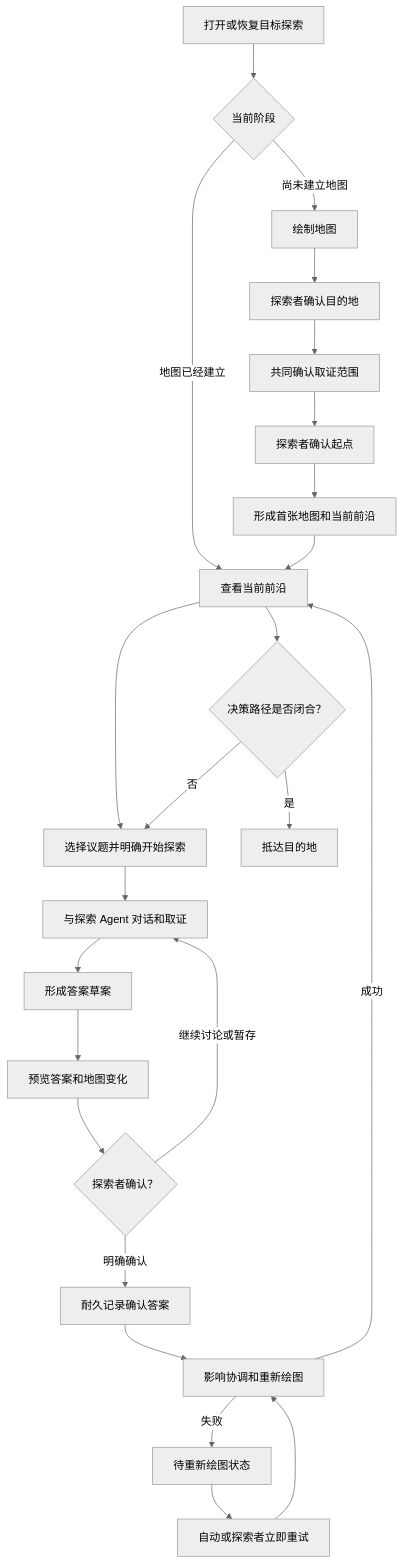
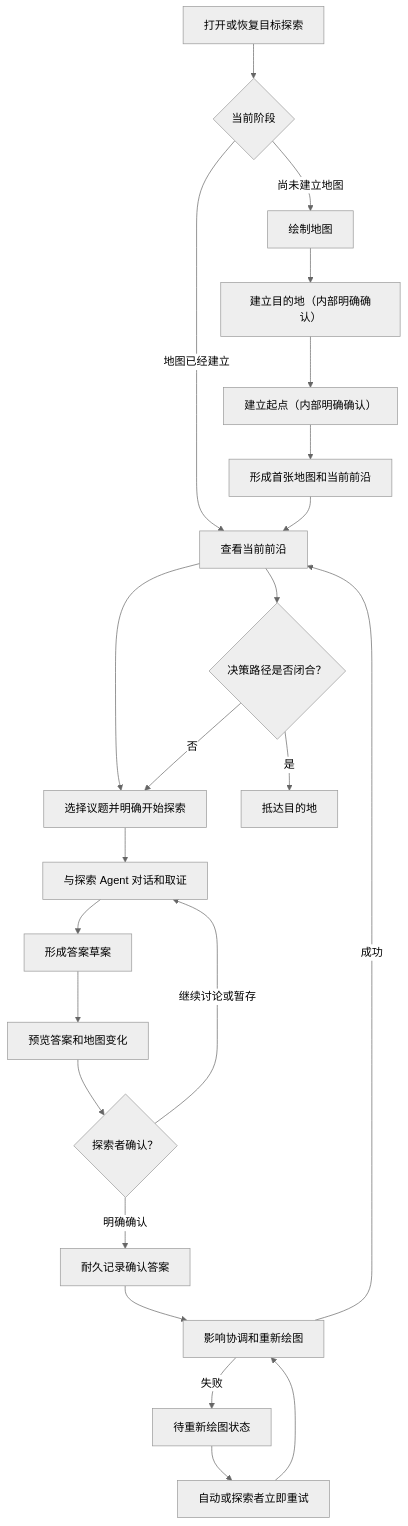
One commit to ibvug/wayfinder-explorer changed the diagram in .scratch/human-driven-exploration/spec.md. Above: the diagram before and after it, drawn with Mermaid (neutral theme). The commit also changed other lines of this file and 43 other files, not shown here.

Commit message:
feat: add explicit charting endpoint confirmation

````diff
--- a/.scratch/human-driven-exploration/spec.md
+++ b/.scratch/human-driven-exploration/spec.md
@@ -55,26 +56,25 @@
 ```mermaid
 flowchart TD
     Open["打开或恢复目标探索"] --> Stage{"当前阶段"}
     Stage -- "尚未建立地图" --> Chart["绘制地图"]
-    Chart --> Destination["探索者确认目的地"]
-    Destination --> Scope["共同确认取证范围"]
-    Scope --> Origin["探索者确认起点"]
+    Chart --> Destination["建立目的地（内部明确确认）"]
+    Destination --> Origin["建立起点（内部明确确认）"]
     Origin --> Initial["形成首张地图和当前前沿"]
     Stage -- "地图已经建立" --> Frontier["查看当前前沿"]
     Initial --> Frontier
     Frontier --> Claim["选择议题并明确开始探索"]
     Claim --> Discuss["与探索 Agent 对话和取证"]
     Discuss --> Draft["形成答案草案"]
     Draft --> Preview["预览答案和地图变化"]
     Preview --> Decide{"探索者确认？"}
     Decide -- "继续讨论或暂存" --> Discuss
     Decide -- "明确确认" --> Commit["耐久记录确认答案"]
     Commit --> Coordinate["影响协调和重新绘图"]
     Coordinate -- "成功" --> Frontier
     Coordinate -- "失败" --> Pending["待重新绘图状态"]
     Pending --> Retry["自动或探索者立即重试"]
     Retry --> Coordinate
     Frontier --> Arrived{"决策路径是否闭合？"}
     Arrived -- "否" --> Claim
     Arrived -- "是" --> Done["抵达目的地"]
 ```
````
